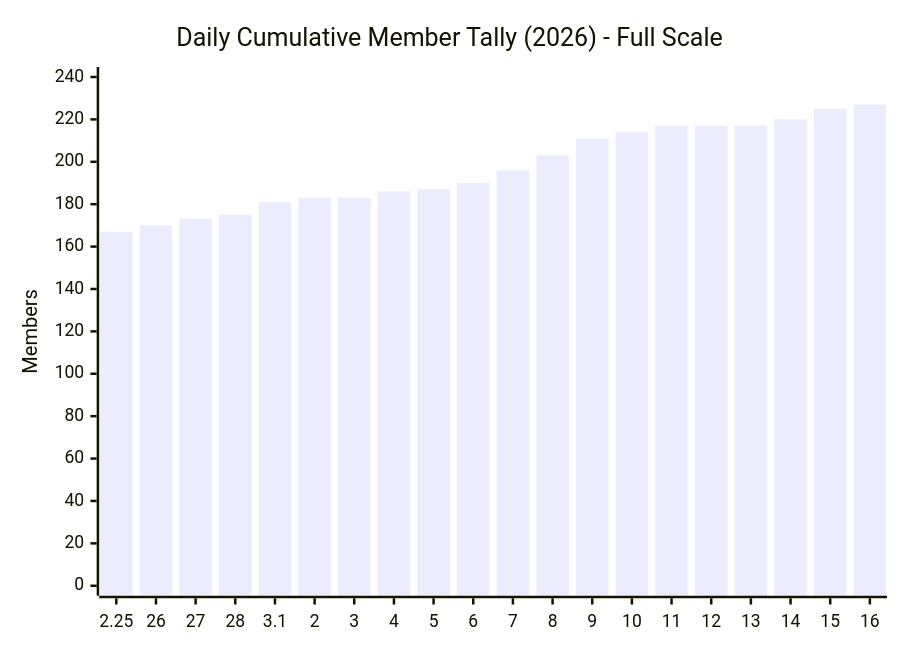
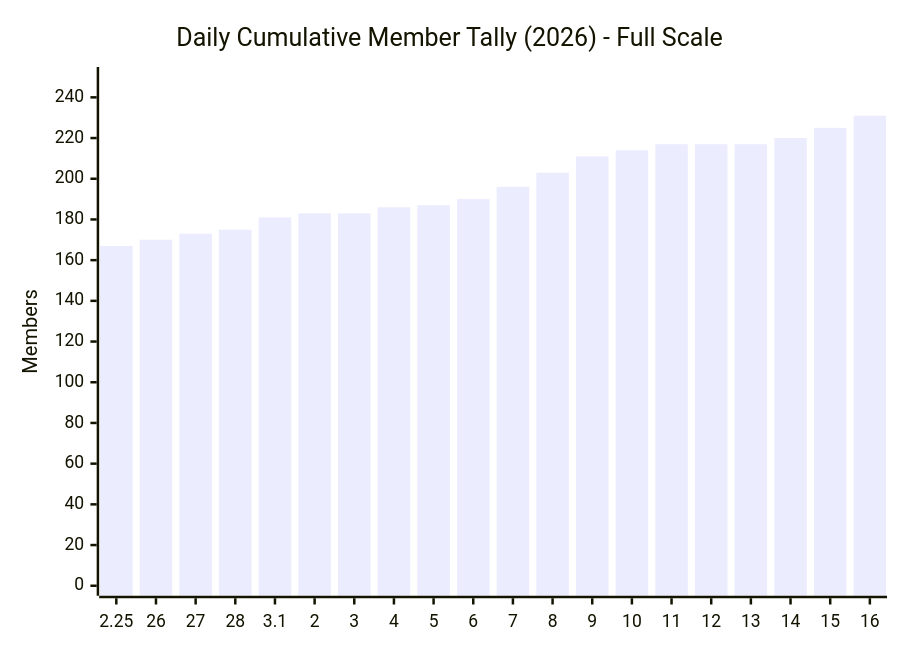
Before and after one commit to MattSherwood/March-web: the first of 3 diagrams in exports/charts/daily-cumulative-member-tally-2026.md, drawn with Mermaid. The commit also changed other lines of this file and 4 other files, not shown here.

````diff
--- a/exports/charts/daily-cumulative-member-tally-2026.md
+++ b/exports/charts/daily-cumulative-member-tally-2026.md
@@ -5,7 +5,7 @@
 ```mermaid
 xychart-beta
     title "Daily Cumulative Member Tally (2026) - Full Scale"
   x-axis ["2.25", "26", "27", "28", "3.1", "2", "3", "4", "5", "6", "7", "8", "9", "10", "11", "12", "13", "14", "15", "16"]
-  y-axis "Members" 0 --> 240
-  bar [167, 170, 173, 175, 181, 183, 183, 186, 187, 190, 196, 203, 211, 214, 217, 217, 217, 220, 225, 227]
+  y-axis "Members" 0 --> 250
+  bar [167, 170, 173, 175, 181, 183, 183, 186, 187, 190, 196, 203, 211, 214, 217, 217, 217, 220, 225, 231]
 ```
````
